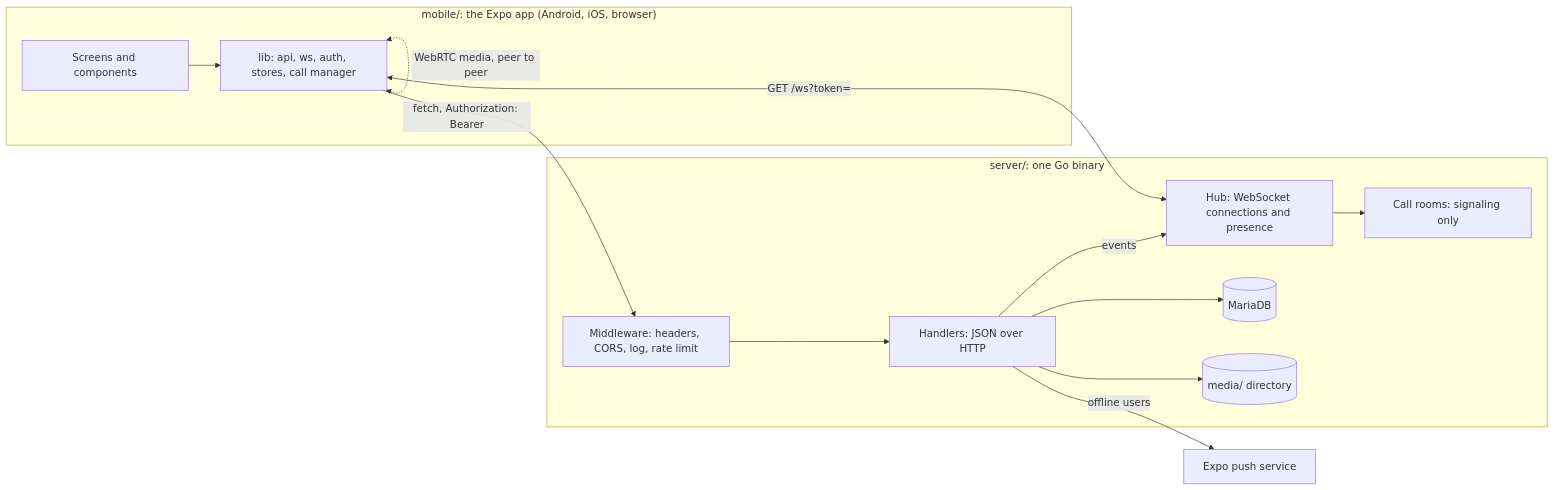
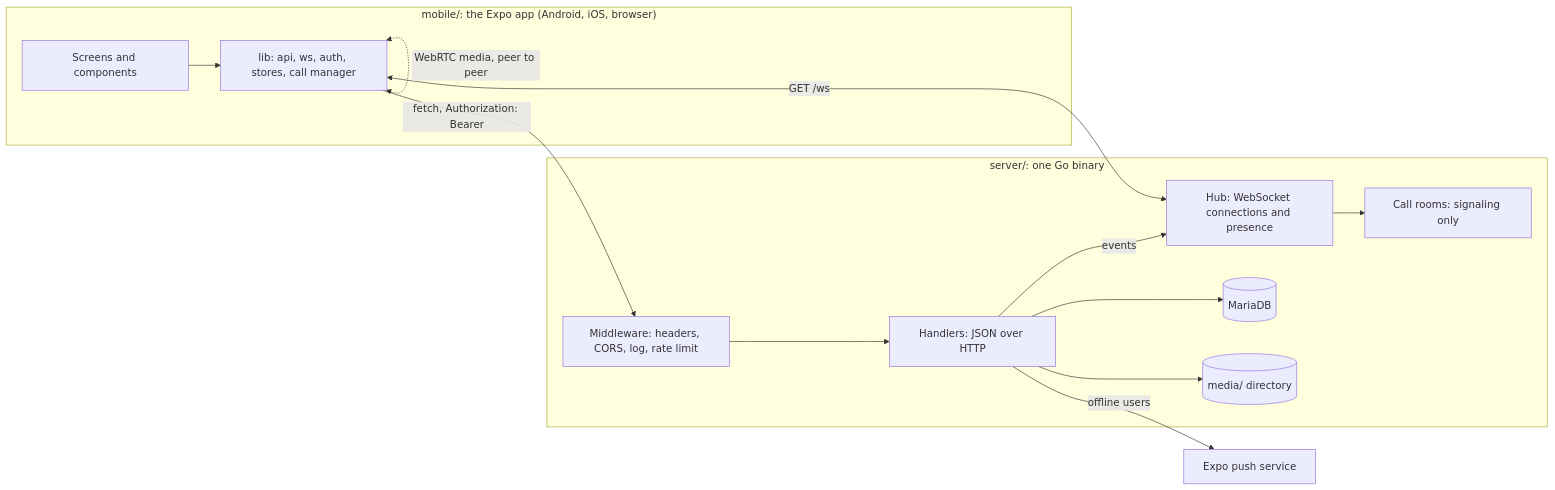
One commit to anthonychavezdev/Ami changed the first of 2 diagrams in docs/overview.md. Above: the diagram before and after it, drawn with Mermaid. The commit also changed 16 other files, not shown here.

````diff
--- a/docs/overview.md
+++ b/docs/overview.md
@@ -5,24 +5,24 @@
 ```mermaid
 flowchart LR
     subgraph app["mobile/: the Expo app (Android, iOS, browser)"]
         UI[Screens and components]
         LIB[lib: api, ws, auth, stores, call manager]
     end
     subgraph server["server/: one Go binary"]
         MW[Middleware: headers, CORS, log, rate limit]
         H[Handlers: JSON over HTTP]
         HUB[Hub: WebSocket connections and presence]
         CALLS[Call rooms: signaling only]
         DB[(MariaDB)]
         MEDIA[(media/ directory)]
     end
     EXPO[Expo push service]
     UI --> LIB
     LIB -- "fetch, Authorization: Bearer" --> MW --> H --> DB
     H --> MEDIA
     H -- events --> HUB
-    LIB <-- "GET /ws?token=" --> HUB
+    LIB <-- "GET /ws" --> HUB
     HUB --> CALLS
     H -- "offline users" --> EXPO
     LIB <-. "WebRTC media, peer to peer" .-> LIB
 ```
````
